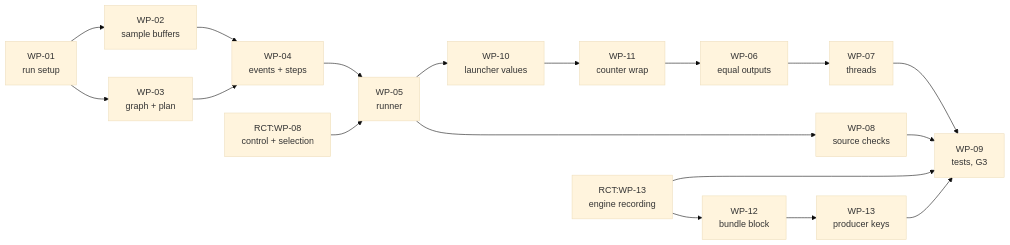
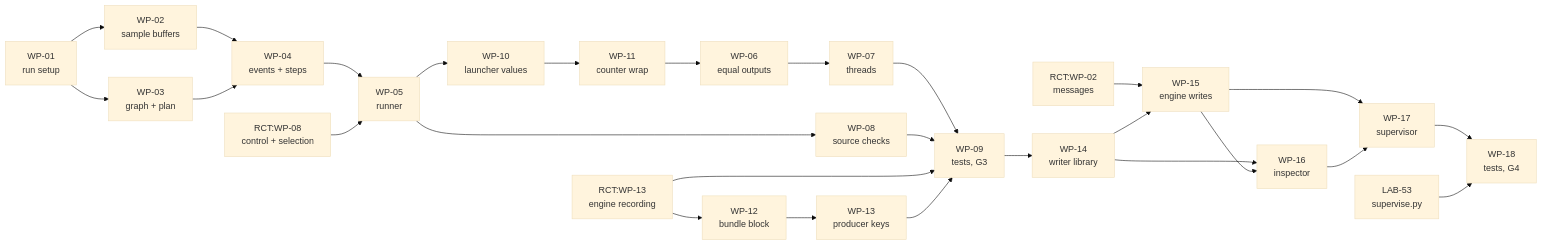
One commit to Pavan-karimajji/vantage changed the diagram in docs/VANTAGE_Implementation_Design.md. Above: the diagram before and after it, drawn with Mermaid (base theme). The commit also changed other lines of this file and 4 other files, not shown here.

Commit message:
docs(vantage): 8b -- C2 requirements: live measurement writer, inspector, supervisor (SYS-0058..0105, IMP-0071..0124, WP-14..WP-18, SYT-LMW/INS/SUP, ANL-04..06, gate G4 group); supervision cell and HoldLiveMeas (D31); SYS-0001 names the supervisor options; 26 register Targets

````diff
--- a/docs/VANTAGE_Implementation_Design.md
+++ b/docs/VANTAGE_Implementation_Design.md
@@ -73,20 +95,29 @@
 ```mermaid
 flowchart LR
     WP01["WP-01<br/>run setup"] --> WP02["WP-02<br/>sample buffers"]
     WP01 --> WP03["WP-03<br/>graph + plan"]
     WP02 --> WP04["WP-04<br/>events + steps"]
     WP03 --> WP04
     WP04 --> WP05["WP-05<br/>runner"]
     RCT8["RCT:WP-08<br/>control + selection"] --> WP05
     WP05 --> WP10["WP-10<br/>launcher values"]
     WP10 --> WP11["WP-11<br/>counter wrap"]
     WP11 --> WP06["WP-06<br/>equal outputs"]
     WP06 --> WP07["WP-07<br/>threads"]
     WP05 --> WP08["WP-08<br/>source checks"]
     WP07 --> WP09["WP-09<br/>tests, G3"]
     WP08 --> WP09
     RCT13["RCT:WP-13<br/>engine recording"] --> WP09
     RCT13 --> WP12["WP-12<br/>bundle block"]
     WP12 --> WP13["WP-13<br/>producer keys"]
     WP13 --> WP09
+    WP09 --> WP14["WP-14<br/>writer library"]
+    RCT2["RCT:WP-02<br/>messages"] --> WP15
+    WP14 --> WP15["WP-15<br/>engine writes"]
+    WP14 --> WP16["WP-16<br/>inspector"]
+    WP15 --> WP16
+    WP15 --> WP17["WP-17<br/>supervisor"]
+    WP16 --> WP17
+    WP17 --> WP18["WP-18<br/>tests, G4"]
+    LAB53["LAB-53<br/>supervise.py"] --> WP18
 ```
````
